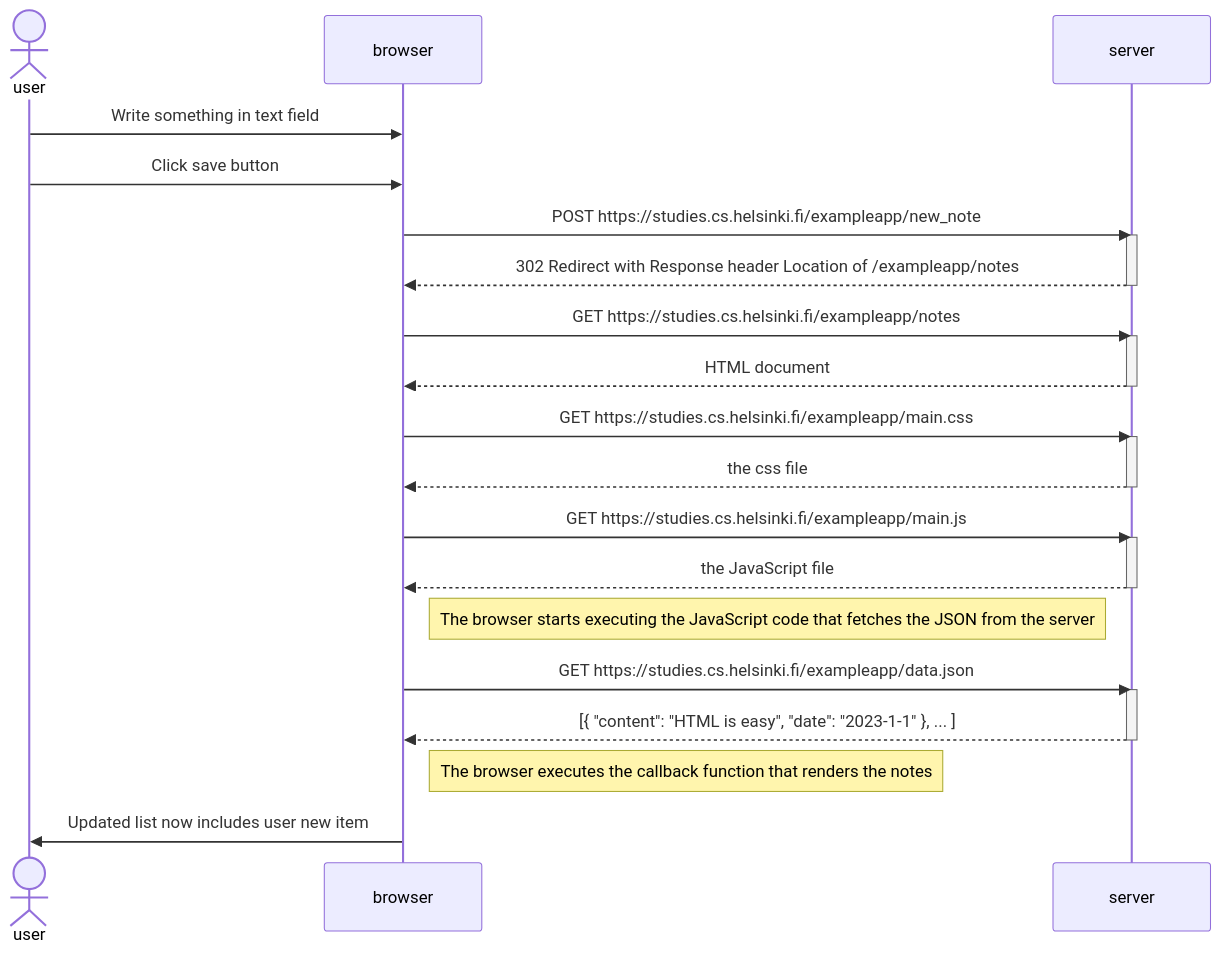
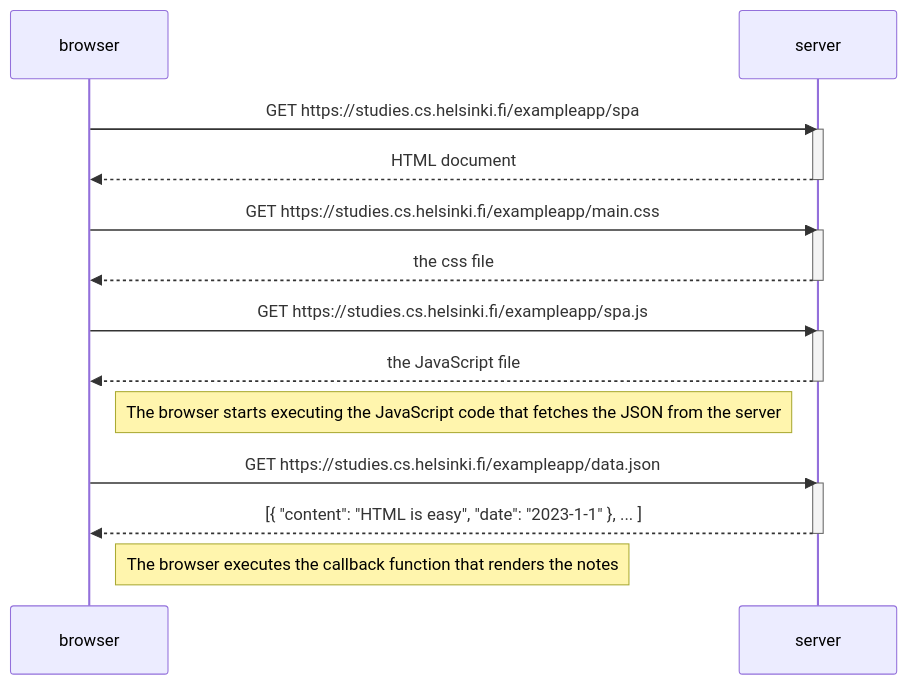
The diagram in part0/single-page-app/diagram.md (WaseemMansour/fsopen-course), drawn with Mermaid before and after one commit.

Commit message:
update from remote

````diff
--- a/part0/single-page-app/diagram.md
+++ b/part0/single-page-app/diagram.md
@@ -1,40 +1,30 @@
 ```mermaid
 sequenceDiagram
-    actor user
     participant browser
     participant server
     
-    user->>browser: Write something in text field
-    user->>browser: Click save button
-    
-    browser->>server: POST https://studies.cs.helsinki.fi/exampleapp/new_note
-    activate server
-    server-->>browser: 302 Redirect with Response header Location of /exampleapp/notes
-    deactivate server
-    
-    browser->>server: GET https://studies.cs.helsinki.fi/exampleapp/notes
+    browser->>server: GET https://studies.cs.helsinki.fi/exampleapp/spa
     activate server
     server-->>browser: HTML document
     deactivate server
     
     browser->>server: GET https://studies.cs.helsinki.fi/exampleapp/main.css
     activate server
     server-->>browser: the css file
     deactivate server
     
-    browser->>server: GET https://studies.cs.helsinki.fi/exampleapp/main.js
+    browser->>server: GET https://studies.cs.helsinki.fi/exampleapp/spa.js
     activate server
     server-->>browser: the JavaScript file
     deactivate server
     
     Note right of browser: The browser starts executing the JavaScript code that fetches the JSON from the server
 
     browser->>server: GET https://studies.cs.helsinki.fi/exampleapp/data.json
     activate server
     server-->>browser: [{ "content": "HTML is easy", "date": "2023-1-1" }, ... ]
     deactivate server
 
     Note right of browser: The browser executes the callback function that renders the notes
-    browser->>user: Updated list now includes user new item
     
 ```
````
